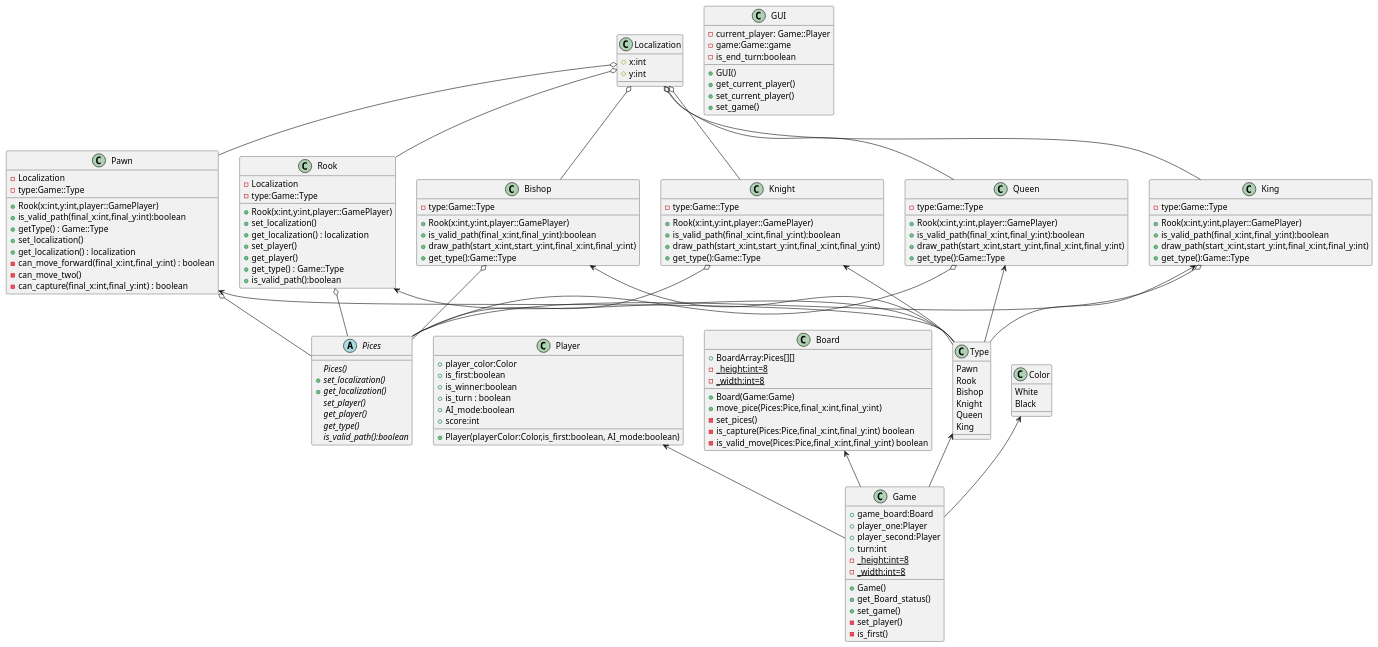
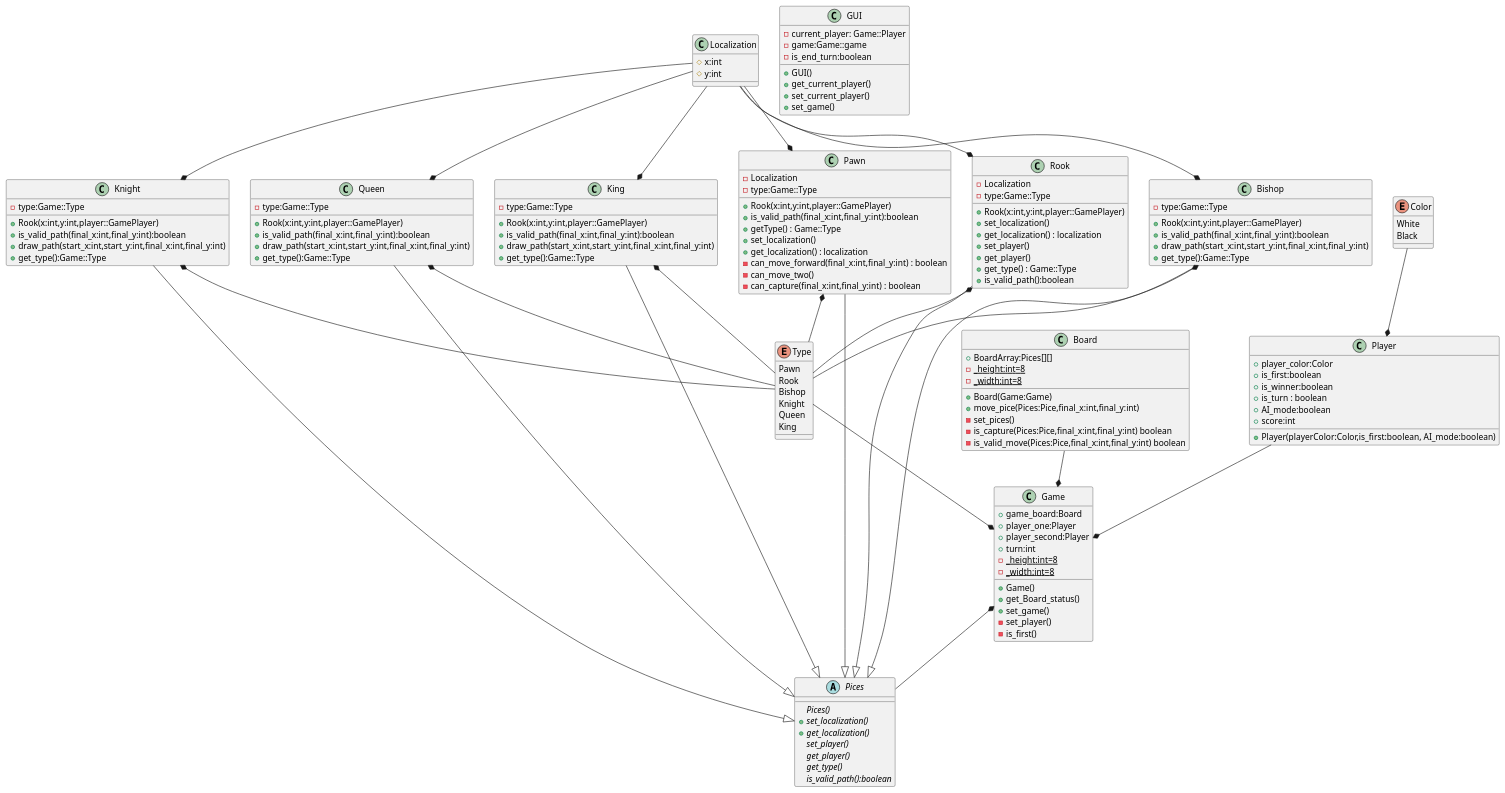
The diagram in src/doc/doc.puml (B3r3z/My_Chess_game), drawn with PlantUML before and after one commit. The commit also changed 3 other files, not shown here.

```diff
--- a/src/doc/doc.puml
+++ b/src/doc/doc.puml
@@ -1,171 +1,162 @@
 @startuml 
 
 abstract class Pices{
     {abstract} Pices()
     {abstract}+set_localization()
     {abstract}+get_localization()
     {abstract}set_player()
     {abstract}get_player()
     {abstract}get_type()
     {abstract}is_valid_path():boolean
     /' abstract}draw_path(start_x:int,start_y:int,final_x:int,final_y:int) '/
 }
 
-
-class Type{
+enum Type{
     Pawn
     Rook
     Bishop
     Knight
     Queen
     King
 }
 
-
 class Localization{
     #x:int
     #y:int
 }
 
-Pawn o--Pices
-Rook o--Pices
-Bishop o--Pices
-Knight o--Pices
-Queen o--Pices
-King o--Pices
+Pawn --|>Pices
+Rook --|>Pices
+Bishop --|>Pices
+Knight --|>Pices
+Queen --|>Pices
+King --|>Pices
 
-Localization o-- Pawn
-Localization o-- Rook
-Localization o-- Bishop
-Localization o-- Knight
-Localization o-- Queen
-Localization o-- King
-
-
+Localization --* Pawn
+Localization --* Rook
+Localization --* Bishop
+Localization --* Knight
+Localization --* Queen
+Localization --* King
 
 class Pawn{
     -Localization 
     -type:Game::Type
     +Rook(x:int,y:int,player::GamePlayer)
     +is_valid_path(final_x:int,final_y:int):boolean
     /' draw_path( start_x : int, start_y : int, final_x : int, final_y : int )'/
     +getType() : Game::Type
     +set_localization()
     +get_localization() : localization
     -can_move_forward(final_x:int,final_y:int) : boolean
     -can_move_two()
     -can_capture(final_x:int,final_y:int) : boolean
 }
 
 class Rook{
     -Localization
     -type:Game::Type
     +Rook(x:int,y:int,player::GamePlayer)
     +set_localization()
     +get_localization() : localization
     +set_player()
     +get_player()
     +get_type() : Game::Type
     +is_valid_path():boolean
 }
 
-
 class Bishop{
     -type:Game::Type
     +Rook(x:int,y:int,player::GamePlayer)
     +is_valid_path(final_x:int,final_y:int):boolean
     +draw_path(start_x:int,start_y:int,final_x:int,final_y:int)
     +get_type():Game::Type
 }
 
 class Knight{
     -type:Game::Type
     +Rook(x:int,y:int,player::GamePlayer)
     +is_valid_path(final_x:int,final_y:int):boolean
     +draw_path(start_x:int,start_y:int,final_x:int,final_y:int)
     +get_type():Game::Type
 }
 
-
 class Queen{
     -type:Game::Type
     +Rook(x:int,y:int,player::GamePlayer)
     +is_valid_path(final_x:int,final_y:int):boolean
     +draw_path(start_x:int,start_y:int,final_x:int,final_y:int)
     +get_type():Game::Type
 }
 
-
 class King{
     -type:Game::Type
     +Rook(x:int,y:int,player::GamePlayer)
     +is_valid_path(final_x:int,final_y:int):boolean
     +draw_path(start_x:int,start_y:int,final_x:int,final_y:int)
     +get_type():Game::Type
 }
-
 
 class Game{
     +game_board:Board
     +player_one:Player
     +player_second:Player
     +turn:int
     -{static} _height:int=8
     -{static} _width:int=8
     +Game()
     +get_Board_status()
     +set_game()
     -set_player()
     -is_first()
 }
 
 class Board{
     +BoardArray:Pices[][]
     -{static} _height:int=8
     -{static} _width:int=8
     +Board(Game:Game)
     +move_pice(Pices:Pice,final_x:int,final_y:int)
     -set_pices()
     -is_capture(Pices:Pice,final_x:int,final_y:int) boolean
     -is_valid_move(Pices:Pice,final_x:int,final_y:int) boolean
 }
-class Color{
+enum Color{
     White
     Black
 }
 class Player{
     +player_color:Color
     +is_first:boolean
     +is_winner:boolean
     +is_turn : boolean
     +AI_mode:boolean
     +score:int
     +Player(playerColor:Color,is_first:boolean, AI_mode:boolean)
 }
 
 class GUI{
     -current_player: Game::Player
     -game:Game::game
     -is_end_turn:boolean
     +GUI()
     +get_current_player()
     +set_current_player()
     +set_game()
 }
 
+Pawn*--Type
+Rook*--Type
+Bishop*--Type
+Knight*--Type
+Queen*--Type
+King*--Type
 
-Pawn<--Type
-Rook<--Type
-Bishop<--Type
-Knight<--Type
-Queen<--Type
-King<--Type
-
-Type<--Game
-Board<--Game
-Player<--Game
-Color<--Game
-
+Type--*Game
+Color --*Player
+Player --* Game
+Board--*Game
+Game *-- Pices
 
 
 @enduml
```
